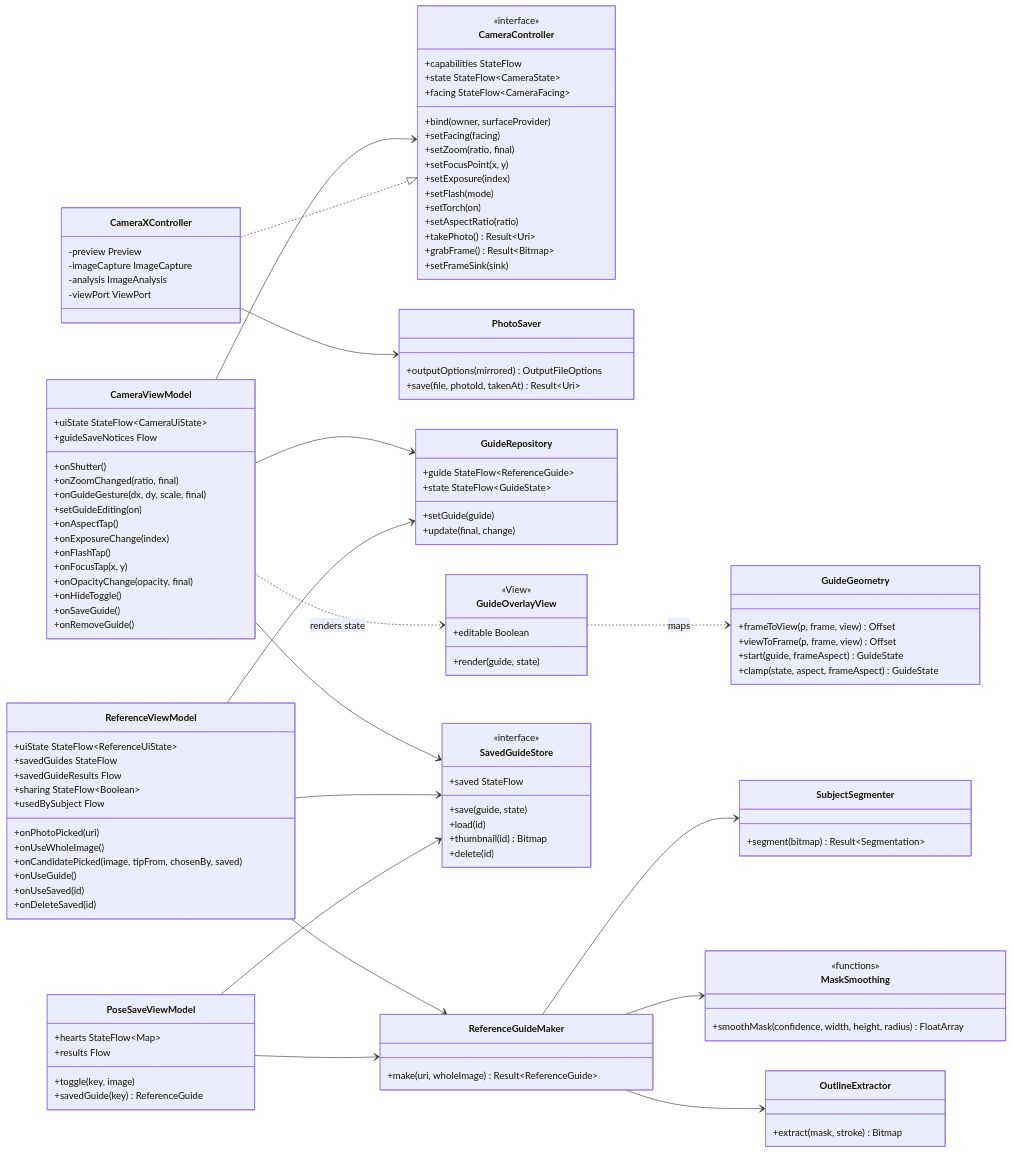
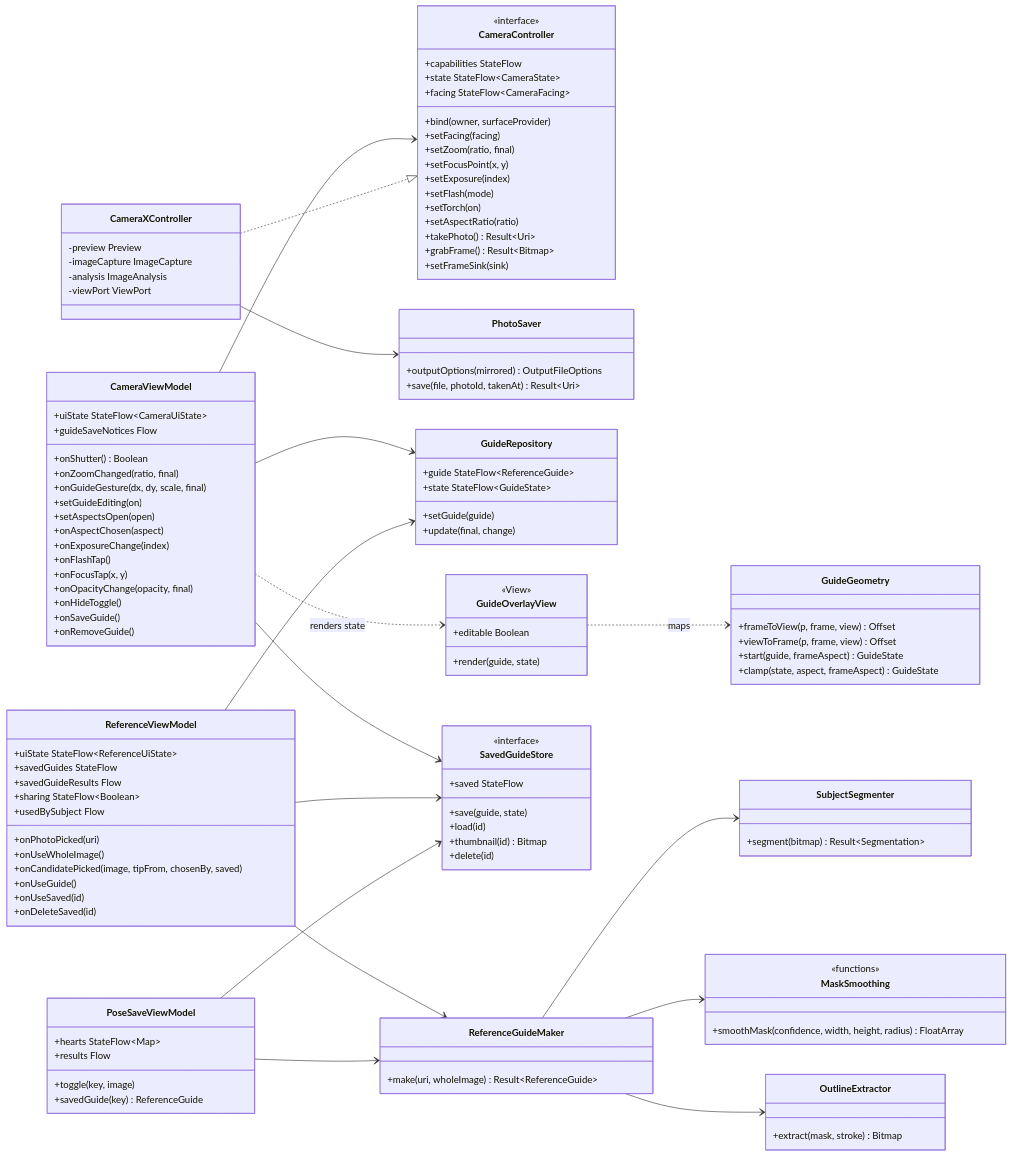
Before and after one commit to snuhcs-course/swpp-2026-project-team-10: the sixth of 12 diagrams in wiki/Design-Documentation.md, drawn with Mermaid. The commit also changed other lines of this file and 49 other files, not shown here.

```diff
--- a/wiki/Design-Documentation.md
+++ b/wiki/Design-Documentation.md
@@ -562,11 +563,12 @@
   class CameraViewModel {
     +uiState StateFlow~CameraUiState~
     +guideSaveNotices Flow
-    +onShutter()
+    +onShutter() Boolean
     +onZoomChanged(ratio, final)
     +onGuideGesture(dx, dy, scale, final)
     +setGuideEditing(on)
-    +onAspectTap()
+    +setAspectsOpen(open)
+    +onAspectChosen(aspect)
     +onExposureChange(index)
     +onFlashTap()
     +onFocusTap(x, y)
```
